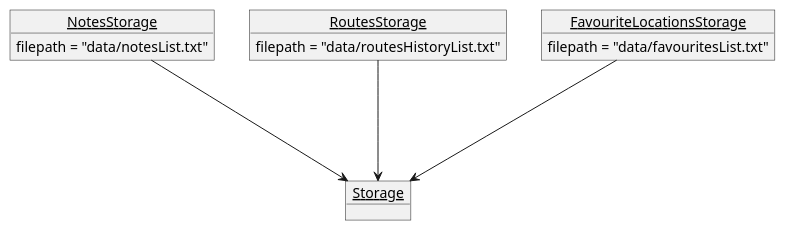
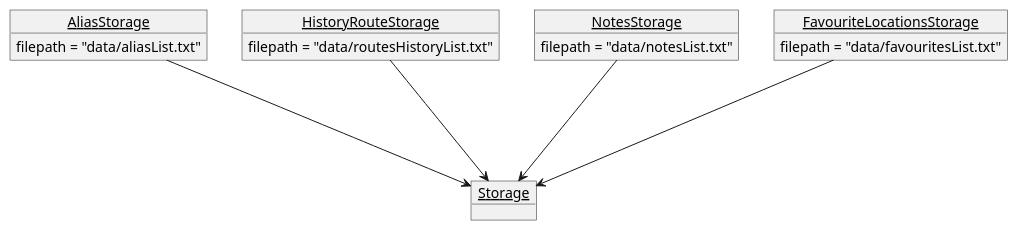
The diagram in docs/SaveStep1.puml (nus-cs2113-AY2021S2/tp), drawn with PlantUML before and after one commit. The commit also changed 5 other files, not shown here.

```diff
--- a/docs/SaveStep1.puml
+++ b/docs/SaveStep1.puml
@@ -1,21 +1,27 @@
 @startuml
 'https://plantuml.com/object-diagram
 
 object __Storage__
+
+object __AliasStorage__ {
+    filepath = "data/aliasList.txt"
+}
+
+object __HistoryRouteStorage__ {
+    filepath = "data/routesHistoryList.txt"
+}
+
 object __NotesStorage__ {
   filepath = "data/notesList.txt" 
 }
 
+object __FavouriteLocationsStorage__ {
+    filepath = "data/favouritesList.txt"
+}
 
-
-object __RoutesStorage__
-__RoutesStorage__ : filepath = "data/routesHistoryList.txt"
-object __FavouriteLocationsStorage__
-__FavouriteLocationsStorage__ : filepath = "data/favouritesList.txt"
-
-
+__AliasStorage__ ---> __Storage__
 __NotesStorage__ ---> __Storage__
-__RoutesStorage__ ---> __Storage__
+__HistoryRouteStorage__ ---> __Storage__
 __FavouriteLocationsStorage__ ---> __Storage__
 
 @enduml
```
